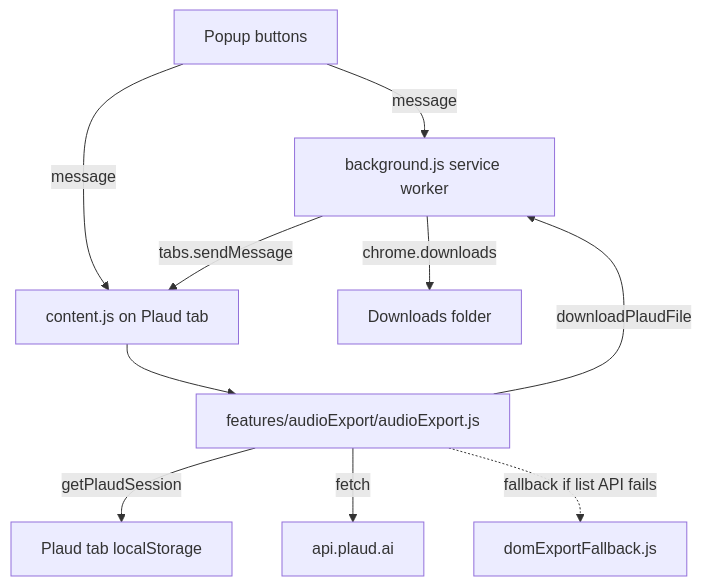
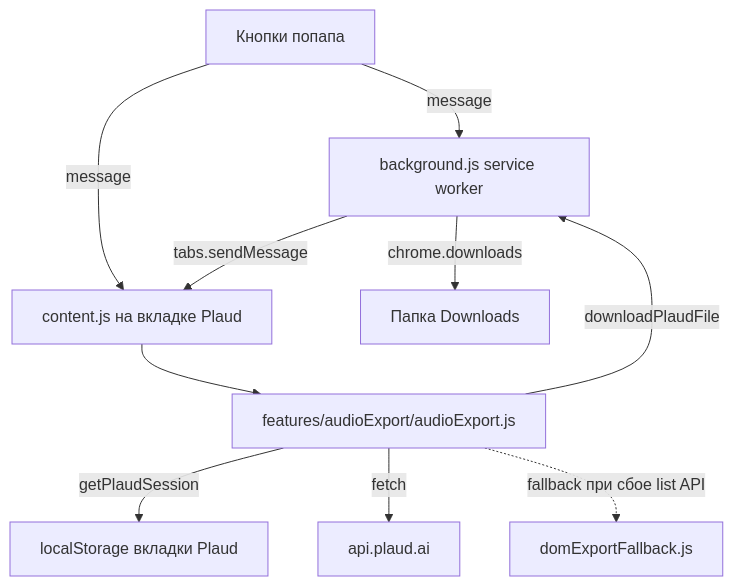
Before and after one commit to ksandrpetrov/plaud-server-exporter: the diagram in docs/server-exporter-research.md, drawn with Mermaid. The commit also changed other lines of this file and 23 other files, not shown here.

````diff
--- a/docs/server-exporter-research.md
+++ b/docs/server-exporter-research.md
@@ -45,12 +42,12 @@
 ```mermaid
 flowchart TD
-    Popup[Popup buttons] -->|message| BG[background.js service worker]
-    Popup -->|message| CS[content.js on Plaud tab]
+    Popup[Кнопки попапа] -->|message| BG[background.js service worker]
+    Popup -->|message| CS[content.js на вкладке Plaud]
     BG -->|tabs.sendMessage| CS
     CS --> AE[features/audioExport/audioExport.js]
-    AE -->|getPlaudSession| LS[Plaud tab localStorage]
+    AE -->|getPlaudSession| LS[localStorage вкладки Plaud]
     AE -->|fetch| API[api.plaud.ai]
     AE -->|downloadPlaudFile| BG
-    BG -->|chrome.downloads| Disk[Downloads folder]
-    AE -.->|fallback if list API fails| DOM[domExportFallback.js]
+    BG -->|chrome.downloads| Disk[Папка Downloads]
+    AE -.->|fallback при сбое list API| DOM[domExportFallback.js]
 ```
````
